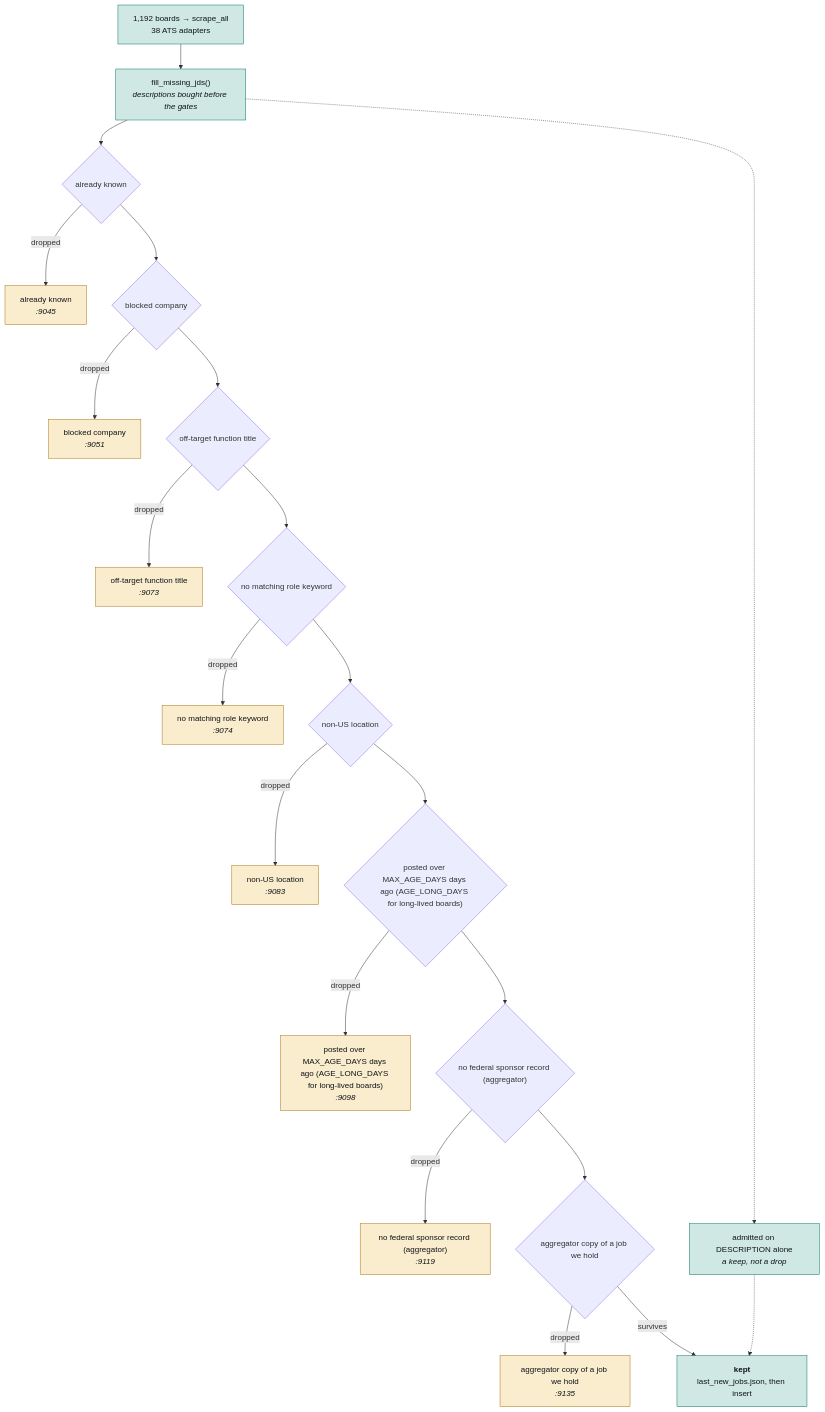
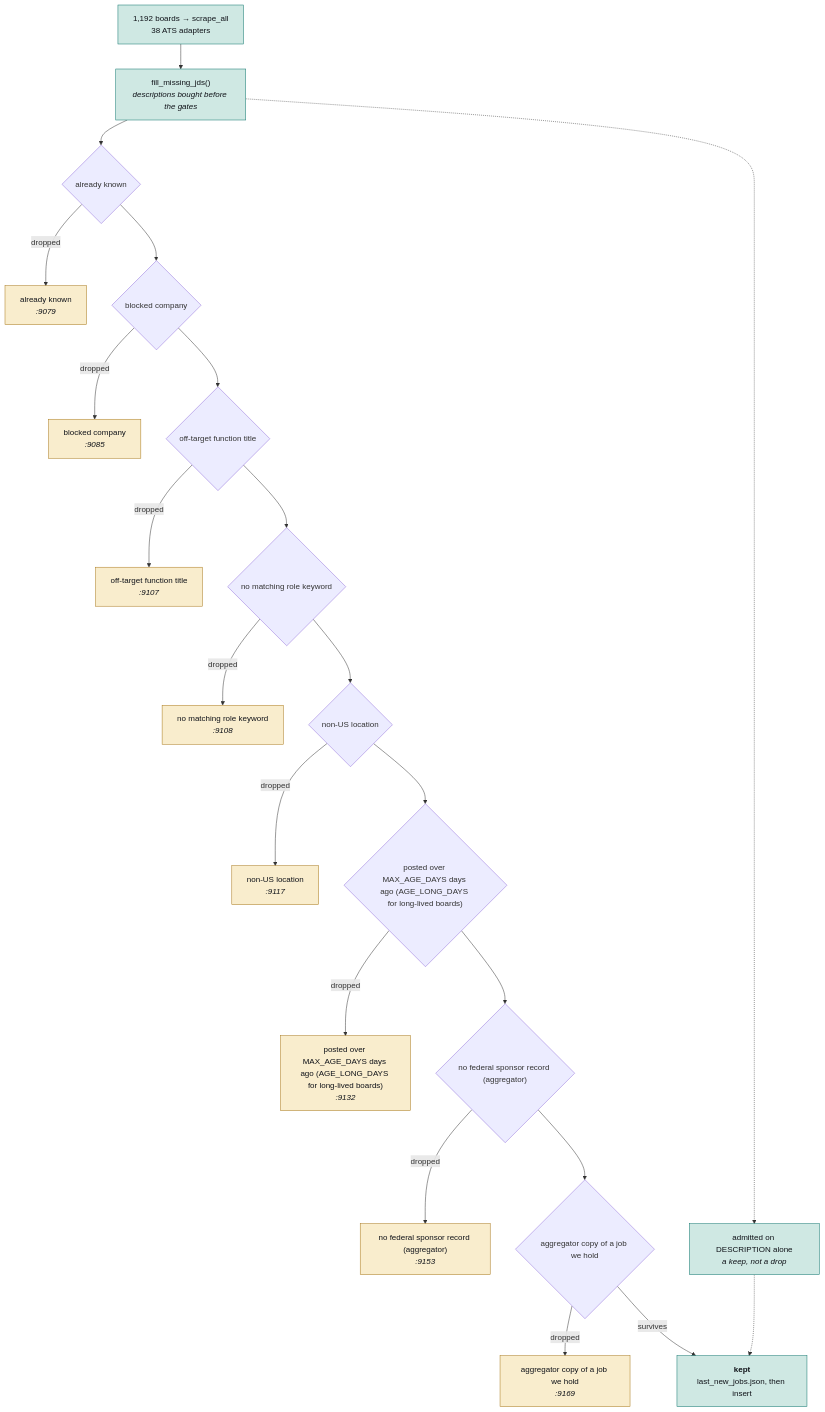
The second of 4 diagrams in JobMatch Scraper/docs/ARCHITECTURE.md (hadakunal909-debug/job-search-tool), drawn with Mermaid before and after one commit. The commit also changed other lines of this file and 9 other files, not shown here.

````diff
--- a/JobMatch Scraper/docs/ARCHITECTURE.md
+++ b/JobMatch Scraper/docs/ARCHITECTURE.md
@@ -106,54 +106,54 @@
 ```mermaid
 flowchart TB
   SRC["1,192 boards → scrape_all<br/>38 ATS adapters"]
   JD["fill_missing_jds()<br/><i>descriptions bought before the gates</i>"]
   SRC --> JD
   G0{"already known"}
-  D0["already known<br/><i>:9045</i>"]
+  D0["already known<br/><i>:9079</i>"]
   JD --> G0
   G0 -->|dropped| D0
   class D0 trap
   G1{"blocked company"}
-  D1["blocked company<br/><i>:9051</i>"]
+  D1["blocked company<br/><i>:9085</i>"]
   G0 --> G1
   G1 -->|dropped| D1
   class D1 trap
   G2{"off-target function title"}
-  D2["off-target function title<br/><i>:9073</i>"]
+  D2["off-target function title<br/><i>:9107</i>"]
   G1 --> G2
   G2 -->|dropped| D2
   class D2 trap
   G3{"no matching role keyword"}
-  D3["no matching role keyword<br/><i>:9074</i>"]
+  D3["no matching role keyword<br/><i>:9108</i>"]
   G2 --> G3
   G3 -->|dropped| D3
   class D3 trap
   G4{"non-US location"}
-  D4["non-US location<br/><i>:9083</i>"]
+  D4["non-US location<br/><i>:9117</i>"]
   G3 --> G4
   G4 -->|dropped| D4
   class D4 trap
   G5{"posted over MAX_AGE_DAYS days ago (AGE_LONG_DAYS for long-lived boards)"}
-  D5["posted over MAX_AGE_DAYS days ago (AGE_LONG_DAYS for long-lived boards)<br/><i>:9098</i>"]
+  D5["posted over MAX_AGE_DAYS days ago (AGE_LONG_DAYS for long-lived boards)<br/><i>:9132</i>"]
   G4 --> G5
   G5 -->|dropped| D5
   class D5 trap
   G6{"no federal sponsor record (aggregator)"}
-  D6["no federal sponsor record (aggregator)<br/><i>:9119</i>"]
+  D6["no federal sponsor record (aggregator)<br/><i>:9153</i>"]
   G5 --> G6
   G6 -->|dropped| D6
   class D6 trap
   G7{"aggregator copy of a job we hold"}
-  D7["aggregator copy of a job we hold<br/><i>:9135</i>"]
+  D7["aggregator copy of a job we hold<br/><i>:9169</i>"]
   G6 --> G7
   G7 -->|dropped| D7
   class D7 trap
   KEEP["<b>kept</b><br/>last_new_jobs.json, then insert"]
   G7 -->|survives| KEEP
   RESCUE["admitted on DESCRIPTION alone<br/><i>a keep, not a drop</i>"]
   JD -.-> RESCUE
   RESCUE -.-> KEEP
   classDef trap fill:#f9edcd,stroke:#a8781a,color:#101319
   classDef sched fill:#cfe8e3,stroke:#0f766e,color:#101319
   class SRC,JD,KEEP,RESCUE sched
 ```
````
